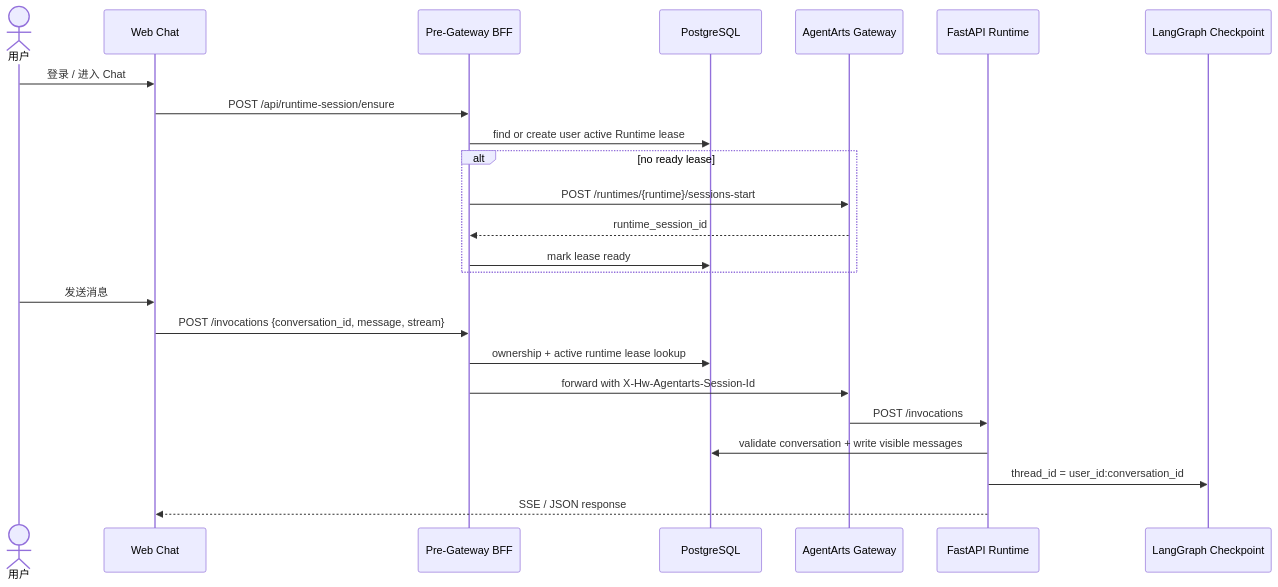
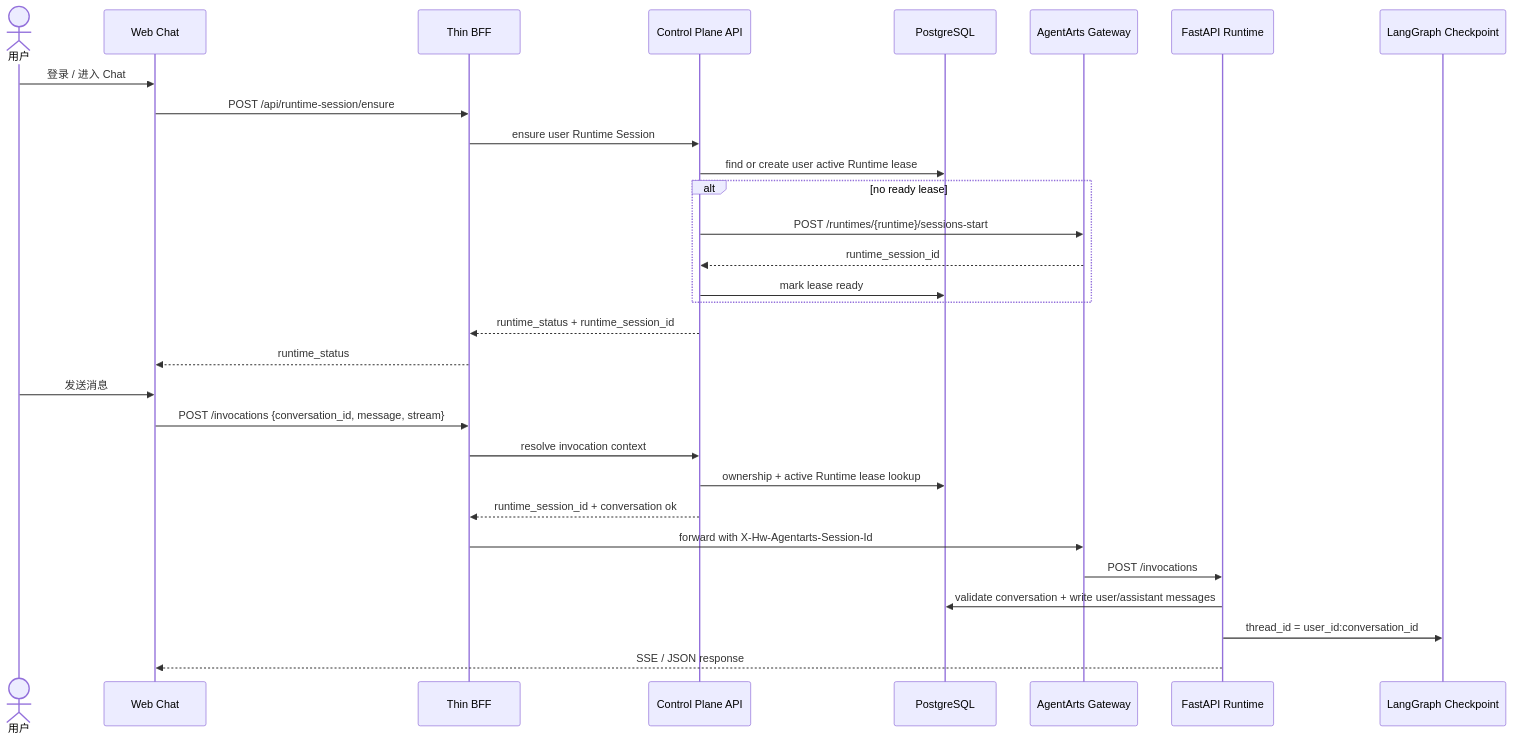
One commit to T-1009/personal-assistant changed the second of 4 diagrams in personal-assistant-meta/issues/features/feature-14-multi-session-runtime-prewarm/plan.md. Above: the diagram before and after it, drawn with Mermaid. The commit also changed other lines of this file and 2 other files, not shown here.

First line of the commit message:
docs: refactor feature-14 architecture to introduce Service-owned Control Plane and Thin BFF boundaries

````diff
--- a/personal-assistant-meta/issues/features/feature-14-multi-session-runtime-prewarm/plan.md
+++ b/personal-assistant-meta/issues/features/feature-14-multi-session-runtime-prewarm/plan.md
@@ -68,28 +94,34 @@
 ```mermaid
 sequenceDiagram
     actor User as 用户
     participant UI as Web Chat
-    participant BFF as Pre-Gateway BFF
+    participant BFF as Thin BFF
+    participant CP as Control Plane API
     participant DB as PostgreSQL
     participant GW as AgentArts Gateway
     participant API as FastAPI Runtime
-    participant CP as LangGraph Checkpoint
+    participant LG as LangGraph Checkpoint
 
     User->>UI: 登录 / 进入 Chat
     UI->>BFF: POST /api/runtime-session/ensure
-    BFF->>DB: find or create user active Runtime lease
+    BFF->>CP: ensure user Runtime Session
+    CP->>DB: find or create user active Runtime lease
     alt no ready lease
-        BFF->>GW: POST /runtimes/{runtime}/sessions-start
-        GW-->>BFF: runtime_session_id
-        BFF->>DB: mark lease ready
+        CP->>GW: POST /runtimes/{runtime}/sessions-start
+        GW-->>CP: runtime_session_id
+        CP->>DB: mark lease ready
     end
+    CP-->>BFF: runtime_status + runtime_session_id
+    BFF-->>UI: runtime_status
 
     User->>UI: 发送消息
     UI->>BFF: POST /invocations {conversation_id, message, stream}
-    BFF->>DB: ownership + active runtime lease lookup
+    BFF->>CP: resolve invocation context
+    CP->>DB: ownership + active Runtime lease lookup
+    CP-->>BFF: runtime_session_id + conversation ok
     BFF->>GW: forward with X-Hw-Agentarts-Session-Id
     GW->>API: POST /invocations
-    API->>DB: validate conversation + write visible messages
-    API->>CP: thread_id = user_id:conversation_id
+    API->>DB: validate conversation + write user/assistant messages
+    API->>LG: thread_id = user_id:conversation_id
     API-->>UI: SSE / JSON response
 ```
````
